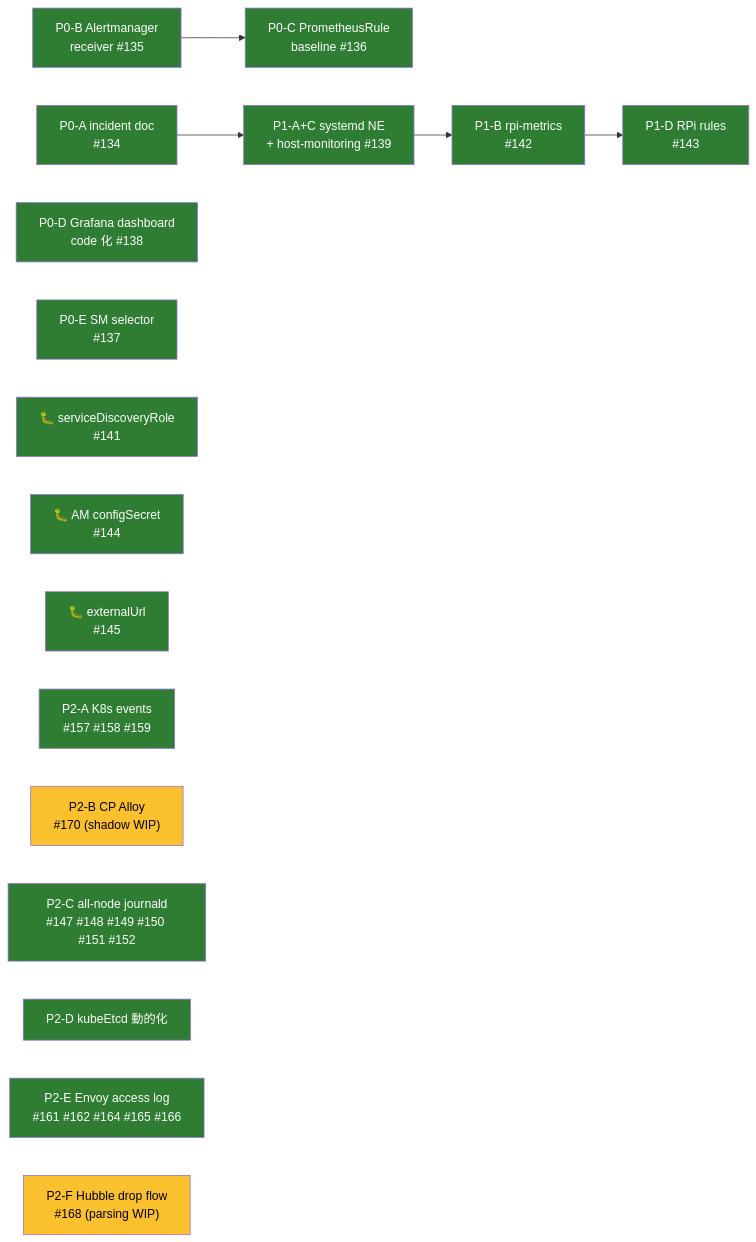
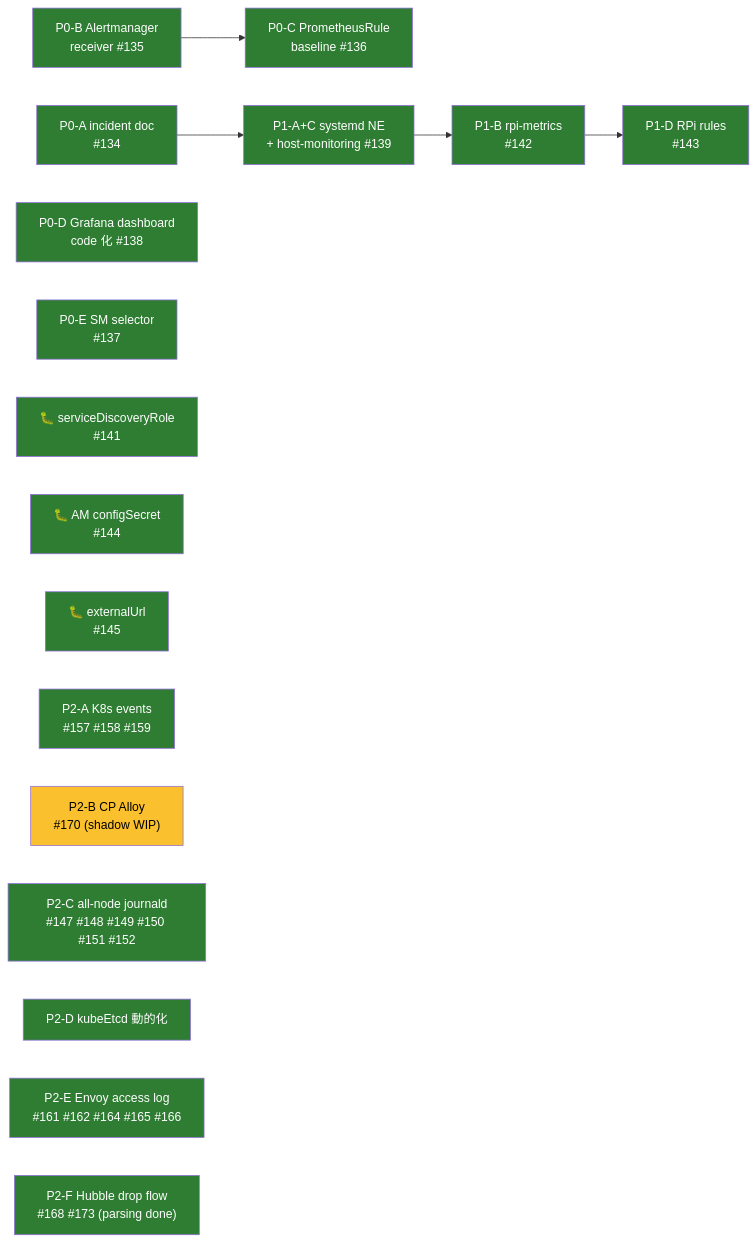
Before and after one commit to bright-room/br-cluster: the diagram in docs/observability-plan.md, drawn with Mermaid. The commit also changed other lines of this file, not shown here.

````diff
--- a/docs/observability-plan.md
+++ b/docs/observability-plan.md
@@ -19,31 +19,31 @@
 ```mermaid
 flowchart LR
   classDef done fill:#2e7d32,color:#fff
   classDef p2 fill:#fbc02d,color:#000
   classDef p3 fill:#9e9e9e,color:#fff
 
   P0A["P0-A incident doc<br/>#134"]:::done
   P0B["P0-B Alertmanager<br/>receiver #135"]:::done
   P0C["P0-C PrometheusRule<br/>baseline #136"]:::done
   P0D["P0-D Grafana dashboard<br/>code 化 #138"]:::done
   P0E["P0-E SM selector<br/>#137"]:::done
   P0F["🐛 serviceDiscoveryRole<br/>#141"]:::done
 
   P1AC["P1-A+C systemd NE<br/>+ host-monitoring #139"]:::done
   P1B["P1-B rpi-metrics<br/>#142"]:::done
   P1D["P1-D RPi rules<br/>#143"]:::done
   P1F["🐛 AM configSecret<br/>#144"]:::done
   P1G["🐛 externalUrl<br/>#145"]:::done
 
   P2A["P2-A K8s events<br/>#157 #158 #159"]:::done
   P2B["P2-B CP Alloy<br/>#170 (shadow WIP)"]:::p2
   P2C["P2-C all-node journald<br/>#147 #148 #149 #150 #151 #152"]:::done
   P2D["P2-D kubeEtcd 動的化"]:::done
   P2E["P2-E Envoy access log<br/>#161 #162 #164 #165 #166"]:::done
-  P2F["P2-F Hubble drop flow<br/>#168 (parsing WIP)"]:::p2
+  P2F["P2-F Hubble drop flow<br/>#168 #173 (parsing done)"]:::done
 
   P0A --> P1AC
   P0B --> P0C
   P1AC --> P1B
   P1B --> P1D
 ```
````
